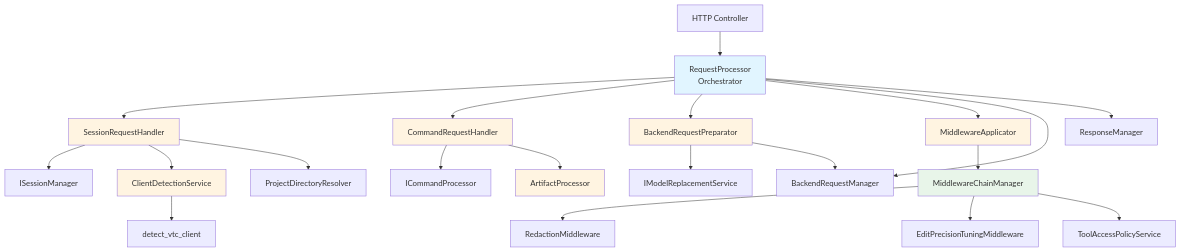
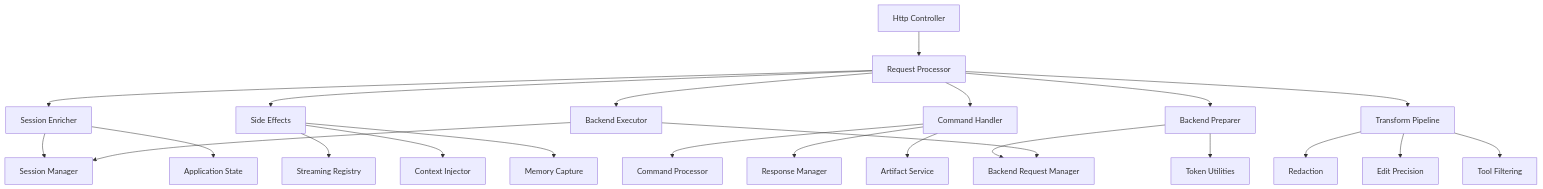
One commit to matdev83/llm-interactive-proxy changed the first of 2 diagrams in .kiro/specs/request-processor-refactoring/design.md. Above: the diagram before and after it, drawn with Mermaid. The commit also changed other lines of this file and 7 other files, not shown here.

Commit message:
Update specifications for backend service and request processor refactoring

````diff
--- a/.kiro/specs/request-processor-refactoring/design.md
+++ b/.kiro/specs/request-processor-refactoring/design.md
@@ -78,37 +51,32 @@
 ```mermaid
 graph TB
-    Controller[HTTP Controller] --> RequestProcessor[RequestProcessor<br/>Orchestrator]
-    
-    RequestProcessor --> SessionHandler[SessionRequestHandler]
-    RequestProcessor --> CommandHandler[CommandRequestHandler]
-    RequestProcessor --> BackendPreparator[BackendRequestPreparator]
-    RequestProcessor --> MiddlewareApplicator[MiddlewareApplicator]
-    RequestProcessor --> BackendRequestManager[BackendRequestManager]
-    RequestProcessor --> ResponseManager[ResponseManager]
-    
-    SessionHandler --> SessionManager[ISessionManager]
-    SessionHandler --> ClientDetection[ClientDetectionService]
-    SessionHandler --> ProjectDirResolver[ProjectDirectoryResolver]
-    
-    CommandHandler --> CommandProcessor[ICommandProcessor]
-    CommandHandler --> ArtifactProcessor[ArtifactProcessor]
-    
-    BackendPreparator --> ModelReplacement[IModelReplacementService]
-    BackendPreparator --> BackendRequestManager
-    
-    MiddlewareApplicator --> ChainManager[MiddlewareChainManager]
-    ChainManager --> RedactionMW[RedactionMiddleware]
-    ChainManager --> EditPrecisionMW[EditPrecisionTuningMiddleware]
-    ChainManager --> ToolAccessPolicy[ToolAccessPolicyService]
-    
-    ClientDetection --> VTCDetection[detect_vtc_client]
-    
-    style RequestProcessor fill:#e1f5ff
-    style SessionHandler fill:#fff4e1
-    style CommandHandler fill:#fff4e1
-    style BackendPreparator fill:#fff4e1
-    style MiddlewareApplicator fill:#fff4e1
-    style ArtifactProcessor fill:#fff4e1
-    style ClientDetection fill:#fff4e1
-    style ChainManager fill:#e8f5e9
+    Controller[Http Controller] --> RequestProcessor[Request Processor]
+
+    RequestProcessor --> SessionEnricher[Session Enricher]
+    RequestProcessor --> SideEffects[Side Effects]
+    RequestProcessor --> CommandHandler[Command Handler]
+    RequestProcessor --> BackendPreparer[Backend Preparer]
+    RequestProcessor --> TransformPipeline[Transform Pipeline]
+    RequestProcessor --> BackendExecutor[Backend Executor]
+
+    SessionEnricher --> SessionManager[Session Manager]
+    SessionEnricher --> AppState[Application State]
+
+    SideEffects --> StreamingRegistry[Streaming Registry]
+    SideEffects --> MemoryInjector[Context Injector]
+    SideEffects --> MemoryCapture[Memory Capture]
+
+    CommandHandler --> CommandProcessor[Command Processor]
+    CommandHandler --> ResponseManager[Response Manager]
+    CommandHandler --> ArtifactService[Artifact Service]
+
+    BackendPreparer --> BackendRequestManager[Backend Request Manager]
+    BackendPreparer --> TokenUtilities[Token Utilities]
+
+    TransformPipeline --> Redaction[Redaction]
+    TransformPipeline --> EditPrecision[Edit Precision]
+    TransformPipeline --> ToolFiltering[Tool Filtering]
+
+    BackendExecutor --> BackendRequestManager
+    BackendExecutor --> SessionManager
 ```
````
